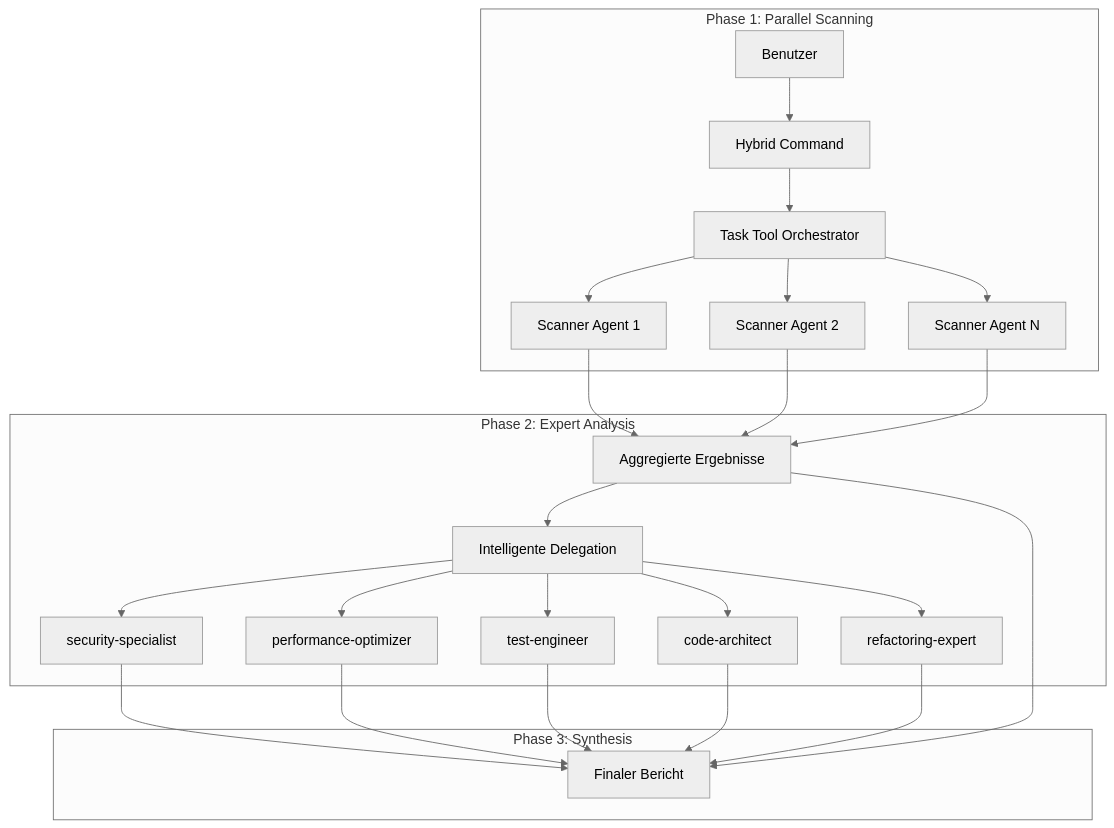
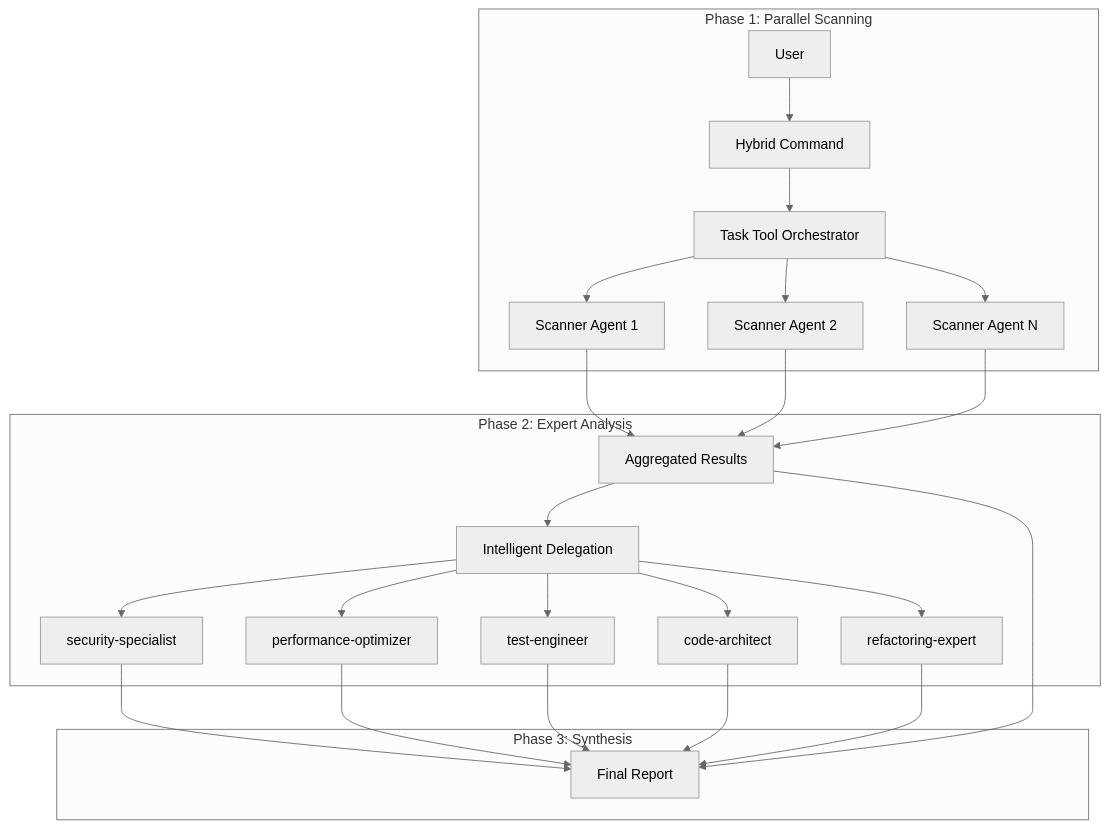
One commit to redpop/claude-code-toolkit changed the diagram in docs/architecture/HYBRID-ARCHITECTURE.md. Above: the diagram before and after it, drawn with Mermaid (neutral theme). The commit also changed other lines of this file and 17 other files, not shown here.

````diff
--- a/docs/architecture/HYBRID-ARCHITECTURE.md
+++ b/docs/architecture/HYBRID-ARCHITECTURE.md
@@ -9,31 +9,31 @@
 ```mermaid
 graph TB
     subgraph "Phase 1: Parallel Scanning"
-        User[Benutzer] --> HybridCmd[Hybrid Command]
+        User[User] --> HybridCmd[Hybrid Command]
         HybridCmd --> TaskTool[Task Tool Orchestrator]
         TaskTool --> Agent1[Scanner Agent 1]
         TaskTool --> Agent2[Scanner Agent 2]
         TaskTool --> AgentN[Scanner Agent N]
     end
 
     subgraph "Phase 2: Expert Analysis"
-        Agent1 --> Results[Aggregierte Ergebnisse]
+        Agent1 --> Results[Aggregated Results]
         Agent2 --> Results
         AgentN --> Results
-        Results --> Delegation[Intelligente Delegation]
+        Results --> Delegation[Intelligent Delegation]
         Delegation --> Security[security-specialist]
         Delegation --> Perf[performance-optimizer]
         Delegation --> Test[test-engineer]
         Delegation --> Arch[code-architect]
         Delegation --> Refactor[refactoring-expert]
     end
 
     subgraph "Phase 3: Synthesis"
-        Security --> FinalReport[Finaler Bericht]
+        Security --> FinalReport[Final Report]
         Perf --> FinalReport
         Test --> FinalReport
         Arch --> FinalReport
         Refactor --> FinalReport
         Results --> FinalReport
     end
 ```
````
